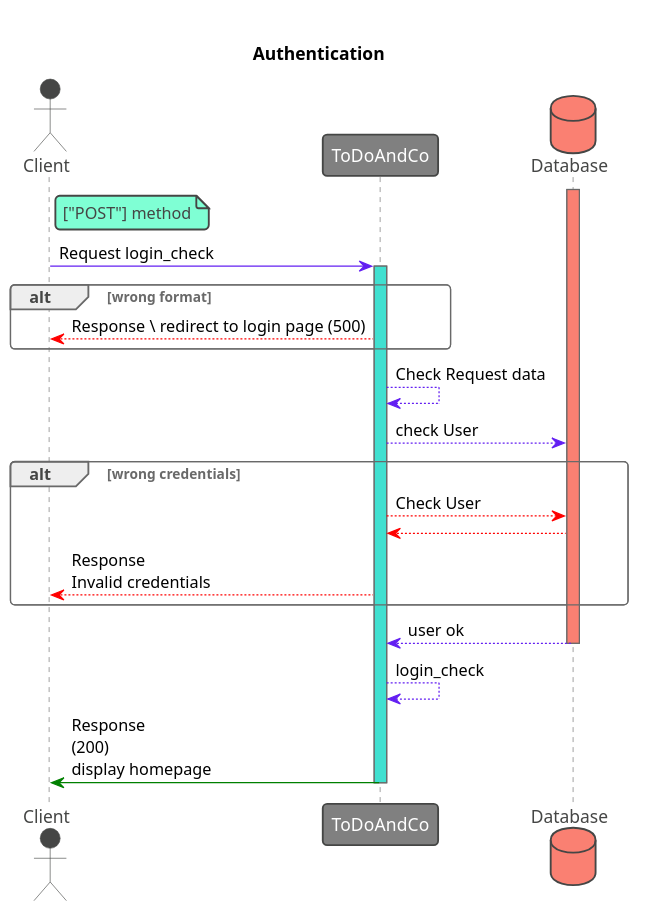
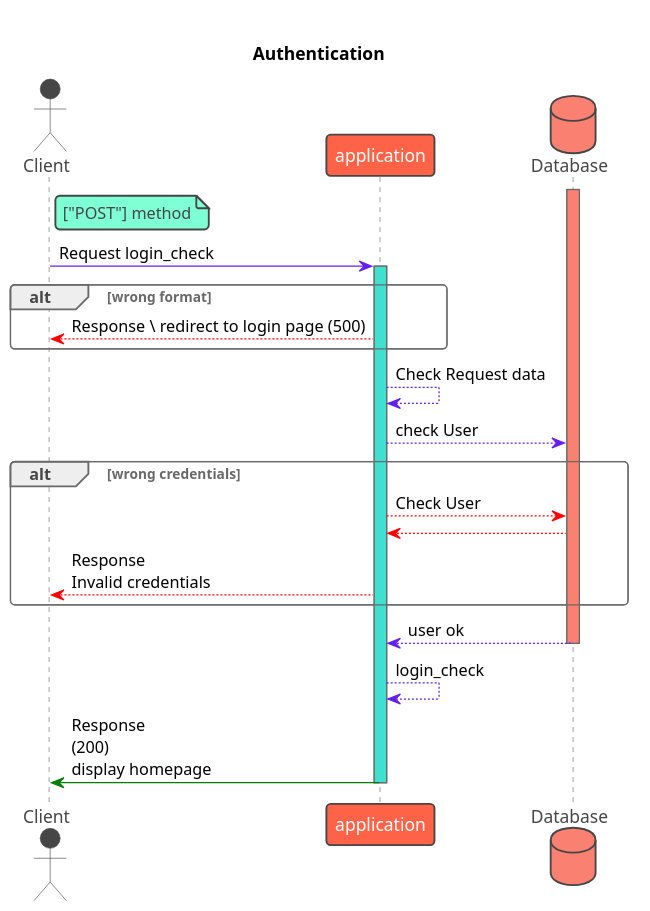
One commit to ronan-develop/ToDoAncC0 changed the diagram in diagrams/sequence-authentication.puml. Above: the diagram before and after it, drawn with PlantUML.

Commit message:
Diagrams (fixes): name for application

```diff
--- a/diagrams/sequence-authentication.puml
+++ b/diagrams/sequence-authentication.puml
@@ -1,37 +1,37 @@
 @startuml
 !theme vibrant
 scale 650 width
 
 skinparam class {
     ArrowColor #631FF2
     BorderColor #DB2790
 }
 
 header ""
 
 TITLE "Authentication"
 actor Client as c
-participant ToDoAndCo as a #gray
+participant  application as a
 database Database as d #salmon
 
 note right of c: ["POST"] method
 c -> a: Request login_check
 activate a #turquoise
 alt wrong format
 a --[#red]> c:Response \ redirect to login page (500)
 end
 a --> a: Check Request data
 a --> d: check User
 alt wrong credentials
 a --[#red]> d: Check User
 d --[#red]> a
 a -[#red]-> c: Response\nInvalid credentials
 end
 activate d #salmon
 d --> a: user ok
 
 deactivate d
 a --> a: login_check
 a -[#green]> c: Response\n(200)\ndisplay homepage
 deactivate a
 @enduml
```
